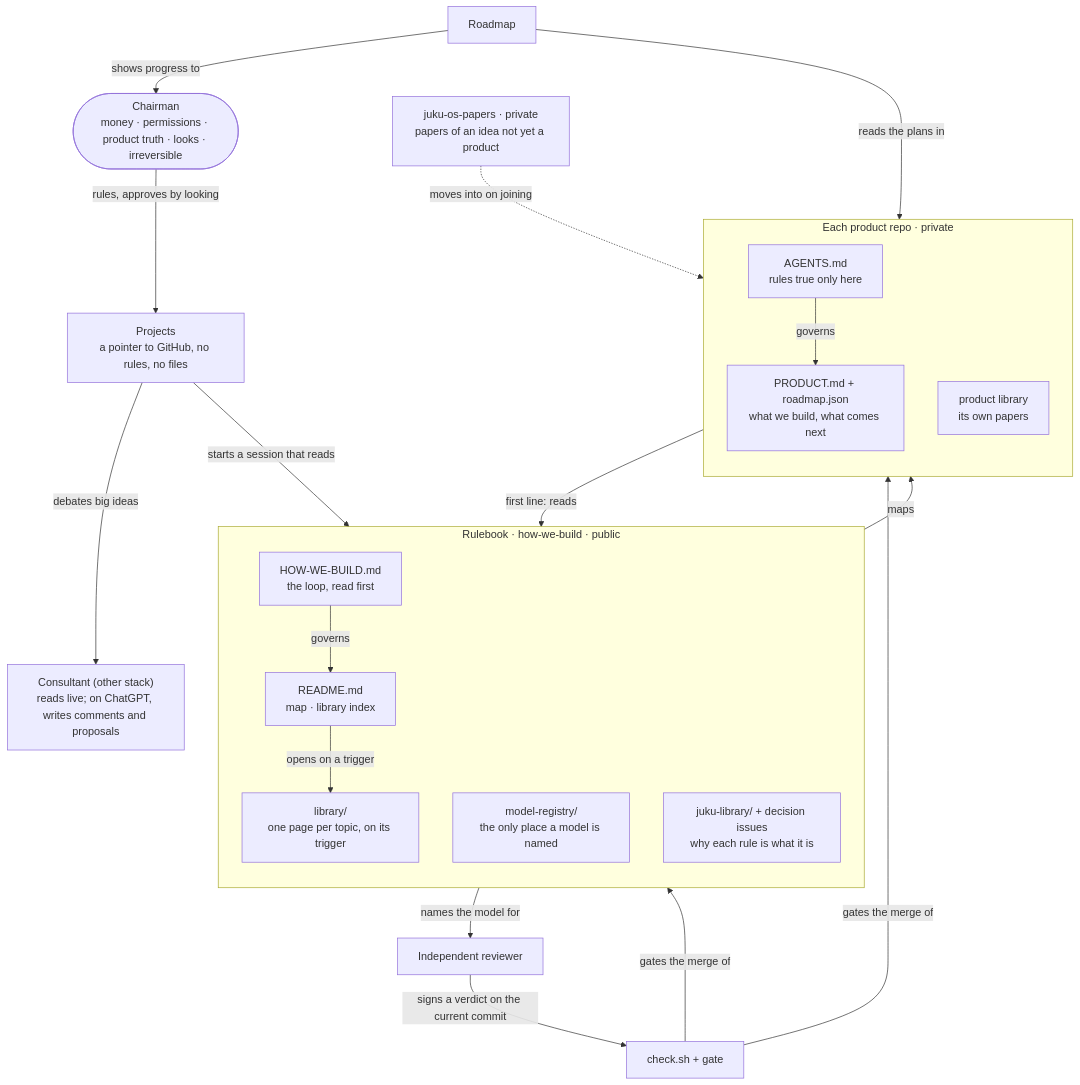
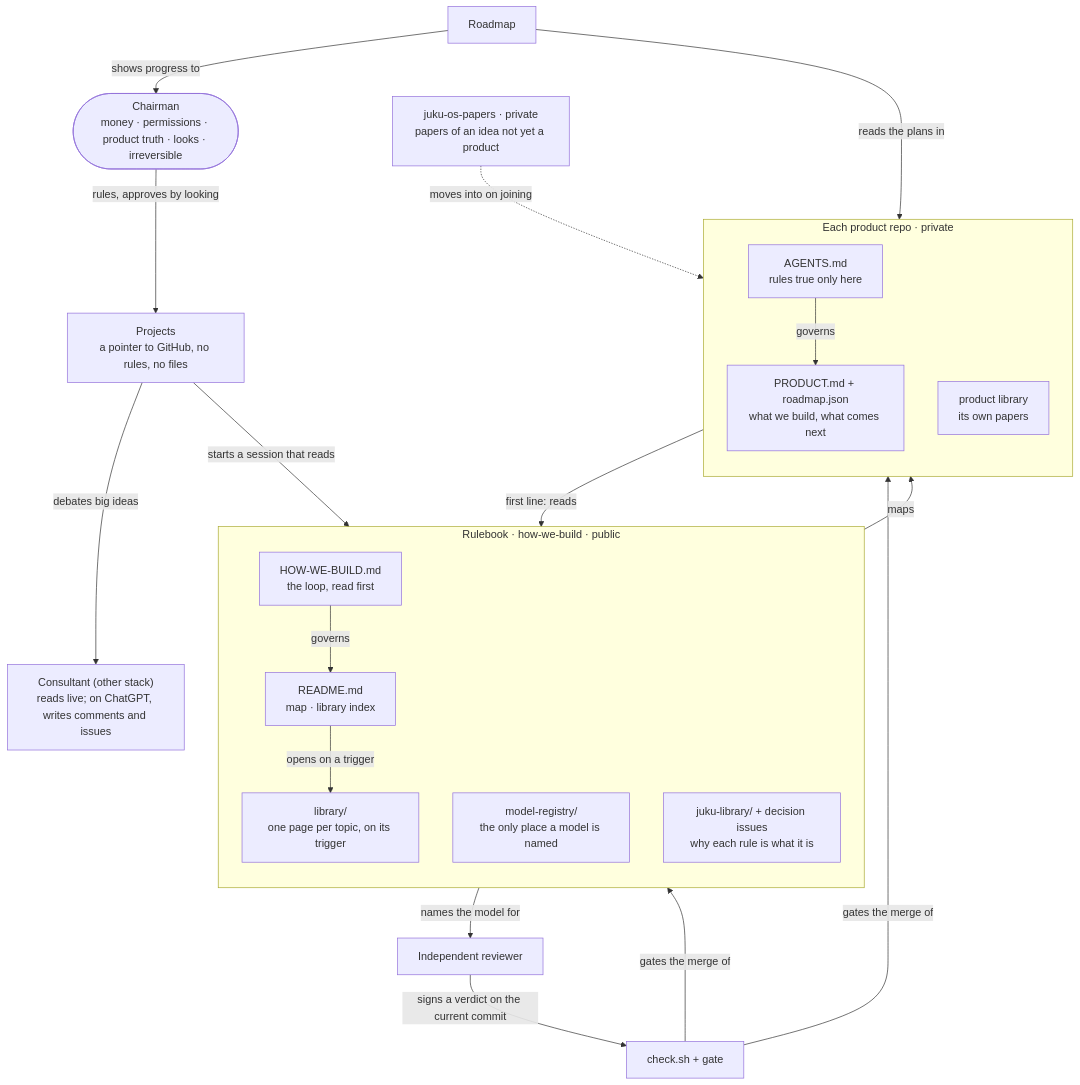
One commit to Adonis80/how-we-build changed the diagram in library/system-map.md. Above: the diagram before and after it, drawn with Mermaid. The commit also changed 2 other files, not shown here.

Commit message:
#335 round 1: nothing a product holds goes into the public rulebook; add-only, signed writes
The read's blocker, taken: how-we-build is public, so a consultant comment
or issue here carries no product text, figures or evidence (as
ideas-for-later.md already asks of a proposal); product detail goes to that
product's repository. Advisories taken: it only adds comments and issues and
labels its own issue, never edits, deletes, closes, reopens or relabels
anything else; each write opens "Written by: Astra", so no session reads it as
his word; the standing block carries all of this; his afternoon objective is
quoted; the log names each pull request's repository; the map says issues.

Claude-Session: https://claude.ai/code/session_01GUR3QbMWKV1tHsURnkaqbr

````diff
--- a/library/system-map.md
+++ b/library/system-map.md
@@ -7,39 +7,39 @@
 ```mermaid
 flowchart TB
   CH(["Chairman<br/>money · permissions · product truth · looks · irreversible"])
   PJ["Projects<br/>a pointer to GitHub, no rules, no files"]
-  CO["Consultant (other stack)<br/>reads live; on ChatGPT, writes comments and proposals"]
+  CO["Consultant (other stack)<br/>reads live; on ChatGPT, writes comments and issues"]
   subgraph RB["Rulebook · how-we-build · public"]
     direction TB
     HWB["HOW-WE-BUILD.md<br/>the loop, read first"]
     RD["README.md<br/>map · library index"]
     LIB["library/<br/>one page per topic, on its trigger"]
     REG["model-registry/<br/>the only place a model is named"]
     JL["juku-library/ + decision issues<br/>why each rule is what it is"]
   end
   subgraph PR["Each product repo · private"]
     direction TB
     AG["AGENTS.md<br/>rules true only here"]
     PD["PRODUCT.md + roadmap.json<br/>what we build, what comes next"]
     PL["product library<br/>its own papers"]
   end
   PP["juku-os-papers · private<br/>papers of an idea not yet a product"]
   RV["Independent reviewer"]
   GT["check.sh + gate"]
   BD["Roadmap"]
   CH -- "rules, approves by looking" --> PJ
   PJ -- "debates big ideas" --> CO
   PJ -- "starts a session that reads" --> HWB
   HWB -- "governs" --> RD
   RD -- "opens on a trigger" --> LIB
   RD -- "maps" --> AG
   AG -- "first line: reads" --> HWB
   AG -- "governs" --> PD
   REG -- "names the model for" --> RV
   RV -- "signs a verdict on the current commit" --> GT
   GT -- "gates the merge of" --> PD
   GT -- "gates the merge of" --> RB
   BD -- "reads the plans in" --> PD
   BD -- "shows progress to" --> CH
   PP -. "moves into on joining" .-> PL
 ```
````
